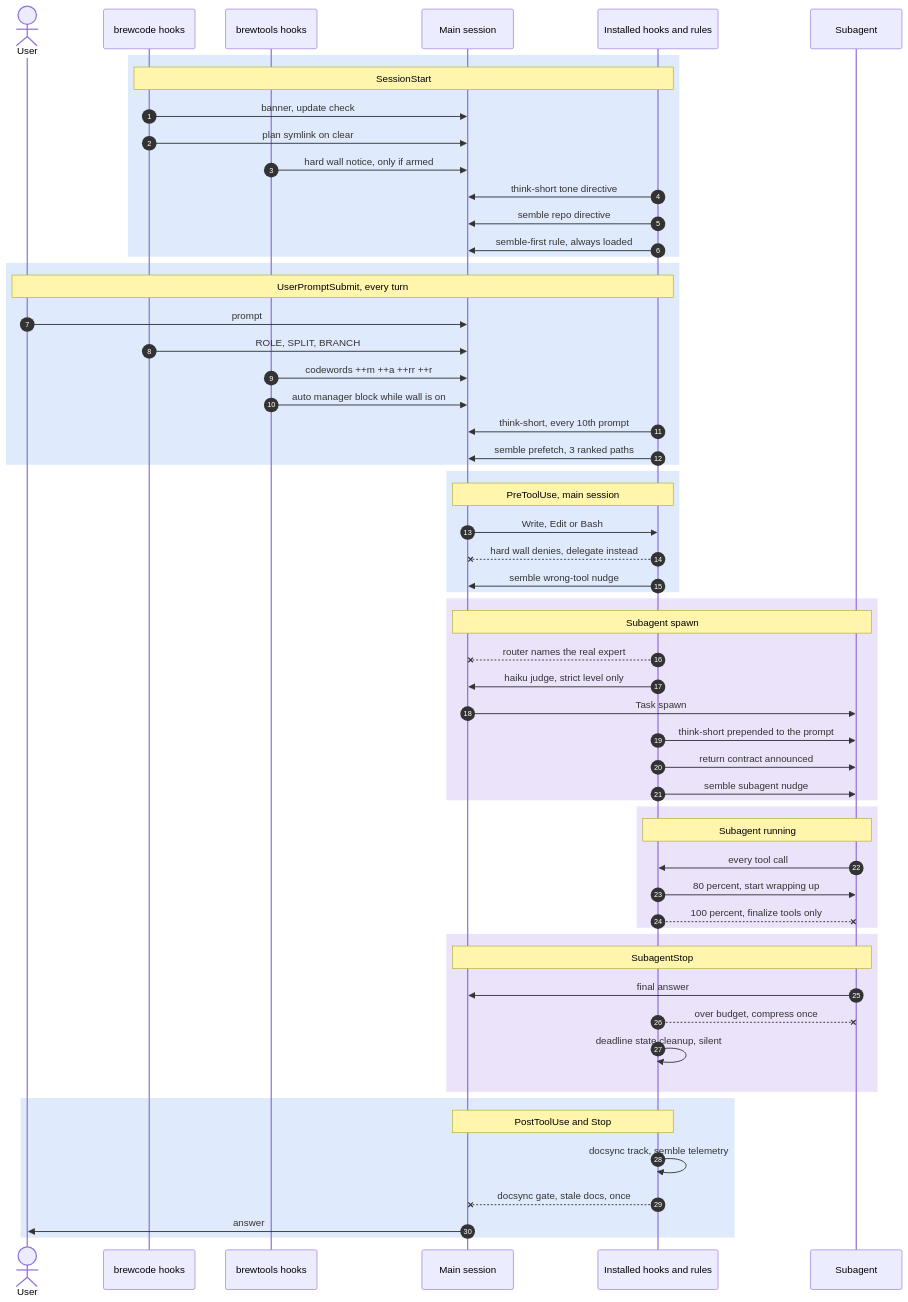
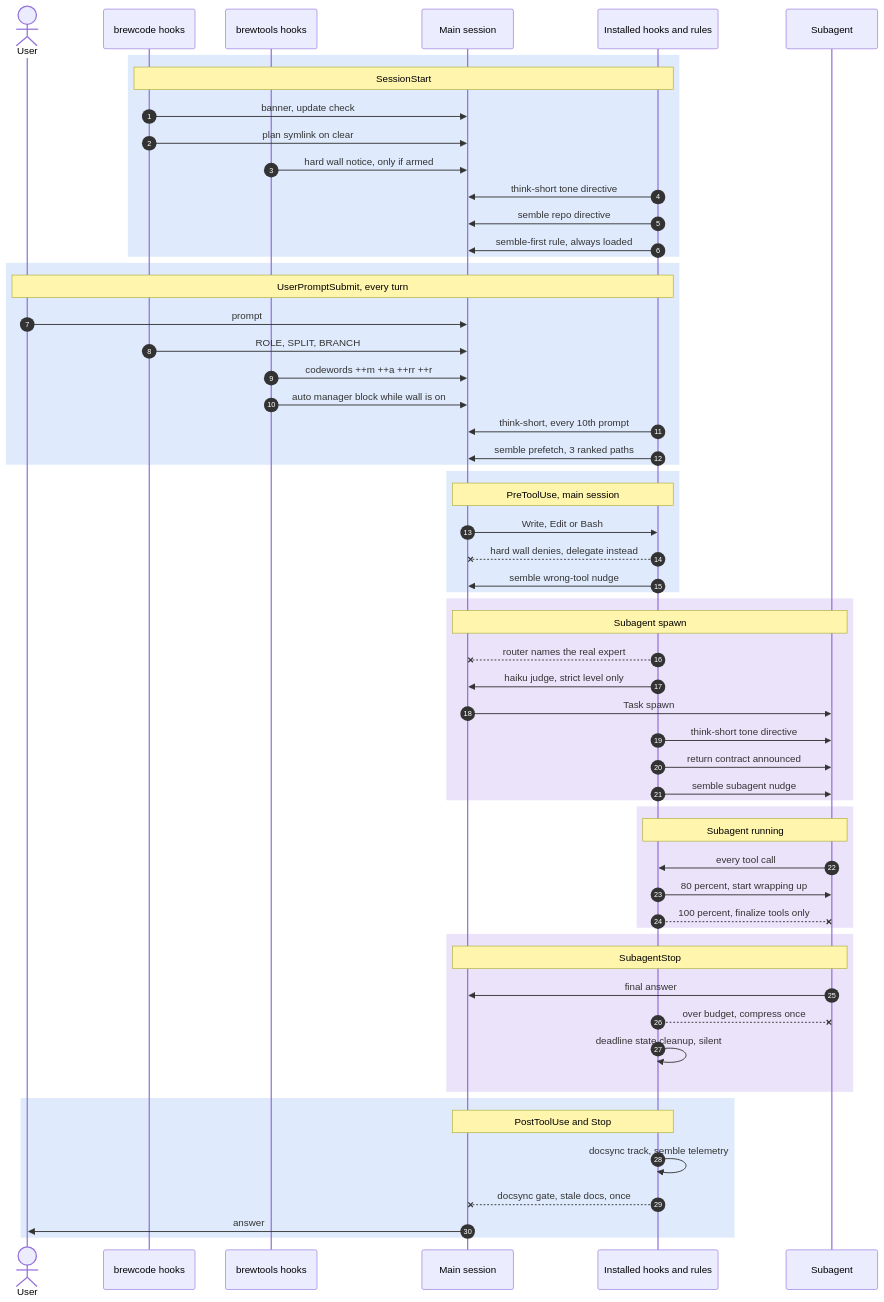
Before and after one commit to kochetkov-ma/claude-brewcode: the second of 2 diagrams in APPROACHES.md, drawn with Mermaid. The commit also changed other lines of this file and 80 other files, not shown here.

Commit message:
v5.6.1: think-short subagent injection moved to SubagentStart additionalContext

````diff
--- a/APPROACHES.md
+++ b/APPROACHES.md
@@ -160,68 +160,68 @@
 ```mermaid
 sequenceDiagram
   autonumber
   actor U as User
   participant BC as brewcode hooks
   participant BT as brewtools hooks
   participant MS as Main session
   participant PH as Installed hooks and rules
   participant SA as Subagent
 
   rect rgba(31,111,235,0.14)
     Note over BC,PH: SessionStart
     BC->>MS: banner, update check
     BC->>MS: plan symlink on clear
     BT->>MS: hard wall notice, only if armed
     PH->>MS: think-short tone directive
     PH->>MS: semble repo directive
     PH->>MS: semble-first rule, always loaded
   end
 
   rect rgba(31,111,235,0.14)
     Note over U,PH: UserPromptSubmit, every turn
     U->>MS: prompt
     BC->>MS: ROLE, SPLIT, BRANCH
     BT->>MS: codewords ++m ++a ++rr ++r
     BT->>MS: auto manager block while wall is on
     PH->>MS: think-short, every 10th prompt
     PH->>MS: semble prefetch, 3 ranked paths
   end
 
   rect rgba(31,111,235,0.14)
     Note over MS,PH: PreToolUse, main session
     MS->>PH: Write, Edit or Bash
     PH--xMS: hard wall denies, delegate instead
     PH->>MS: semble wrong-tool nudge
   end
 
   rect rgba(130,80,223,0.16)
     Note over MS,SA: Subagent spawn
     PH--xMS: router names the real expert
     PH->>MS: haiku judge, strict level only
     MS->>SA: Task spawn
-    PH->>SA: think-short prepended to the prompt
+    PH->>SA: think-short tone directive
     PH->>SA: return contract announced
     PH->>SA: semble subagent nudge
   end
 
   rect rgba(130,80,223,0.16)
     Note over PH,SA: Subagent running
     SA->>PH: every tool call
     PH->>SA: 80 percent, start wrapping up
     PH--xSA: 100 percent, finalize tools only
   end
 
   rect rgba(130,80,223,0.16)
     Note over MS,SA: SubagentStop
     SA->>MS: final answer
     PH--xSA: over budget, compress once
     PH->>PH: deadline state cleanup, silent
   end
 
   rect rgba(31,111,235,0.14)
     Note over MS,PH: PostToolUse and Stop
     PH->>PH: docsync track, semble telemetry
     PH--xMS: docsync gate, stale docs, once
     MS->>U: answer
   end
 ```
````
